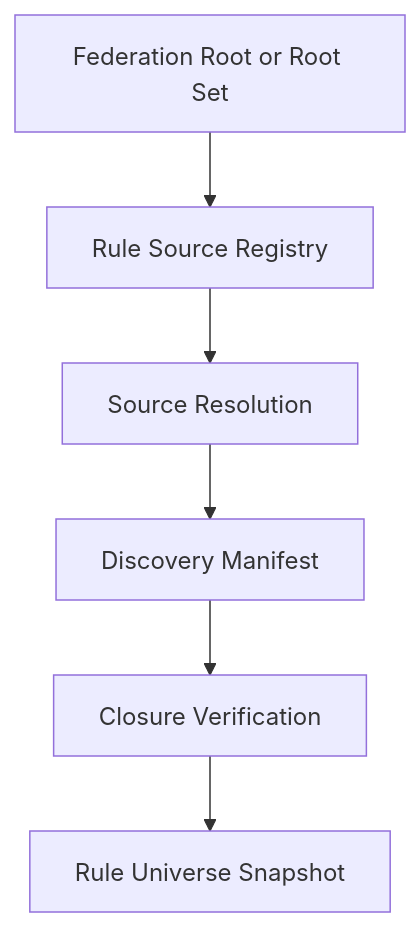
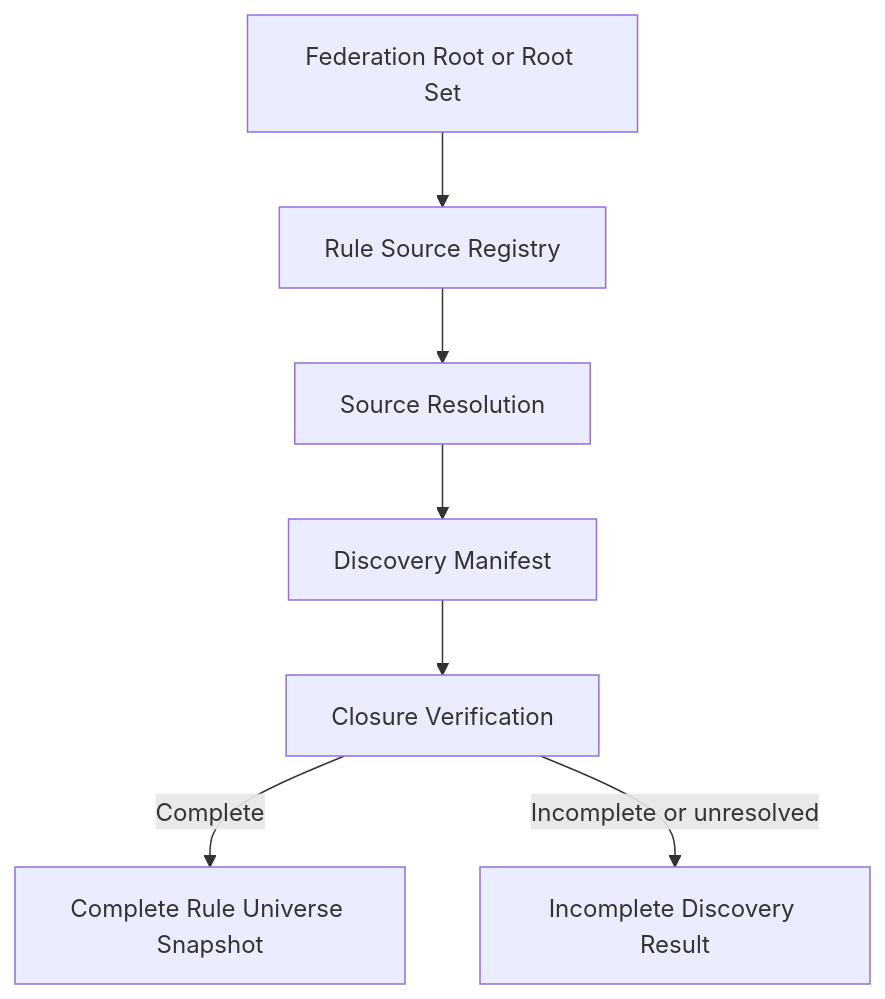
One commit to dchaschin79-sys/cliff-ai-development-platform changed the second of 3 diagrams in docs/architecture/GOVERNANCE_RULE_DISCOVERY_ARCHITECTURE_DECISION_PROPOSAL.md. Above: the diagram before and after it, drawn with Mermaid. The commit also changed other lines of this file, not shown here.

Commit message:
docs(architecture): resolve Governance Rule Discovery ADP review findings

````diff
--- a/docs/architecture/GOVERNANCE_RULE_DISCOVERY_ARCHITECTURE_DECISION_PROPOSAL.md
+++ b/docs/architecture/GOVERNANCE_RULE_DISCOVERY_ARCHITECTURE_DECISION_PROPOSAL.md
@@ -381,15 +410,17 @@
 ```mermaid
 flowchart TB
     FR["Federation Root or Root Set"]
     RSR["Rule Source Registry"]
     SR["Source Resolution"]
     DM["Discovery Manifest"]
     CV["Closure Verification"]
-    RUS["Rule Universe Snapshot"]
+    CRUS["Complete Rule Universe Snapshot"]
+    IDR["Incomplete Discovery Result"]
 
     FR --> RSR
     RSR --> SR
     SR --> DM
     DM --> CV
-    CV --> RUS
+    CV -- "Complete" --> CRUS
+    CV -- "Incomplete or unresolved" --> IDR
 ```
````
